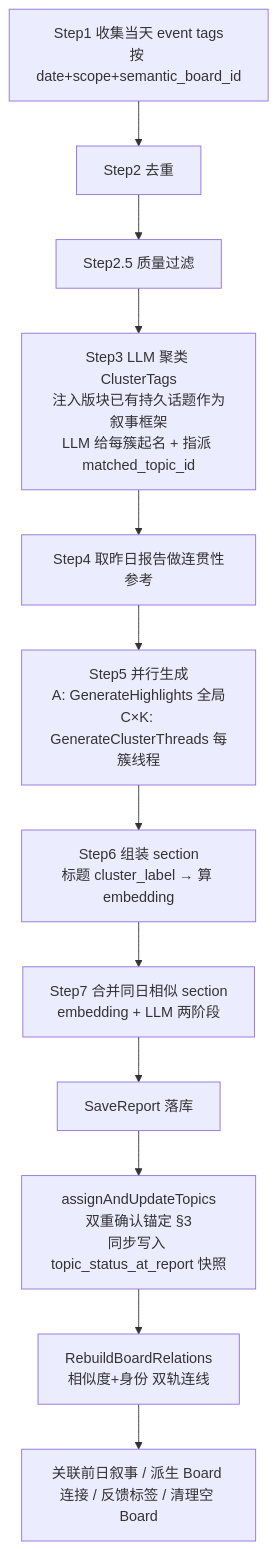
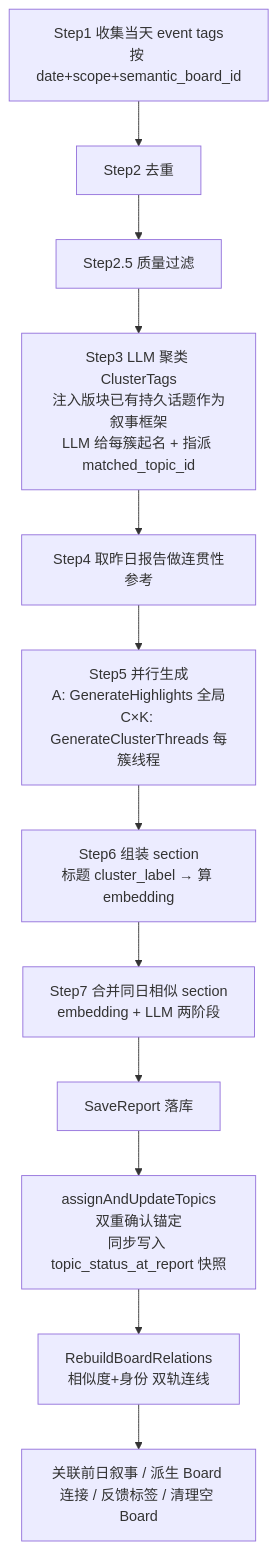
The first of 2 diagrams in docs/reference/flow/daily-report.md (ZanebonoAlter/my-robot), drawn with Mermaid before and after one commit. The commit also changed other lines of this file and 107 other files, not shown here.

````diff
--- a/docs/reference/flow/daily-report.md
+++ b/docs/reference/flow/daily-report.md
@@ -36,14 +45,14 @@
 ```mermaid
 flowchart TD
   STEP1[Step1 收集当天 event tags<br/>按 date+scope+semantic_board_id] --> STEP2[Step2 去重]
   STEP2 --> STEP2_5[Step2.5 质量过滤]
   STEP2_5 --> STEP3[Step3 LLM 聚类 ClusterTags<br/>注入版块已有持久话题作为叙事框架<br/>LLM 给每簇起名 + 指派 matched_topic_id]
   STEP3 --> STEP4[Step4 取昨日报告做连贯性参考]
   STEP4 --> STEP5[Step5 并行生成<br/>A: GenerateHighlights 全局<br/>C×K: GenerateClusterThreads 每簇线程]
   STEP5 --> STEP6[Step6 组装 section<br/>标题 cluster_label → 算 embedding]
   STEP6 --> STEP7[Step7 合并同日相似 section<br/>embedding + LLM 两阶段]
   STEP7 --> SAVE[SaveReport 落库]
-  SAVE --> ANCHOR[assignAndUpdateTopics<br/>双重确认锚定 §3<br/>同步写入 topic_status_at_report 快照]
+  SAVE --> ANCHOR[assignAndUpdateTopics<br/>双重确认锚定<br/>同步写入 topic_status_at_report 快照]
   ANCHOR --> REL[RebuildBoardRelations<br/>相似度+身份 双轨连线]
   REL --> FALL[关联前日叙事 / 派生 Board 连接 / 反馈标签 / 清理空 Board]
 ```
````
